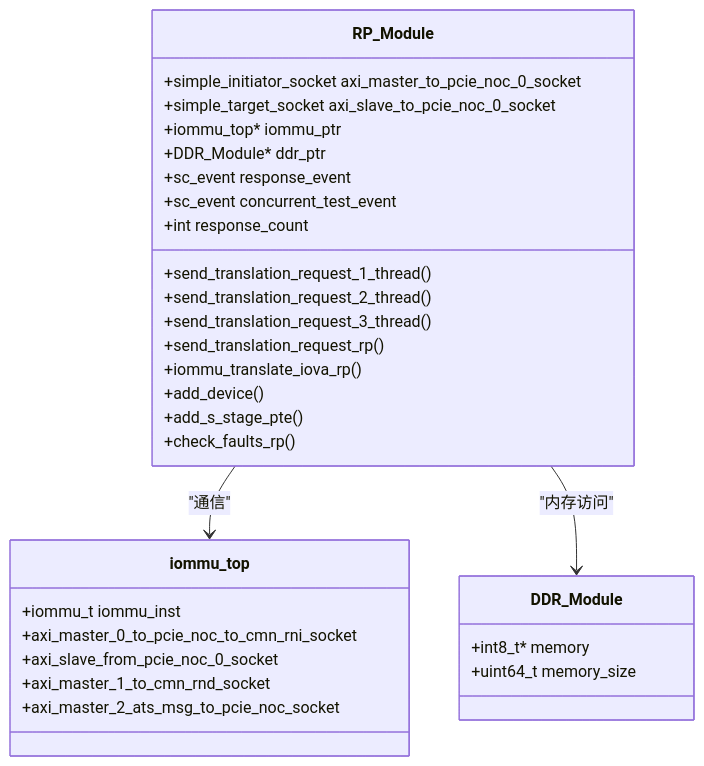
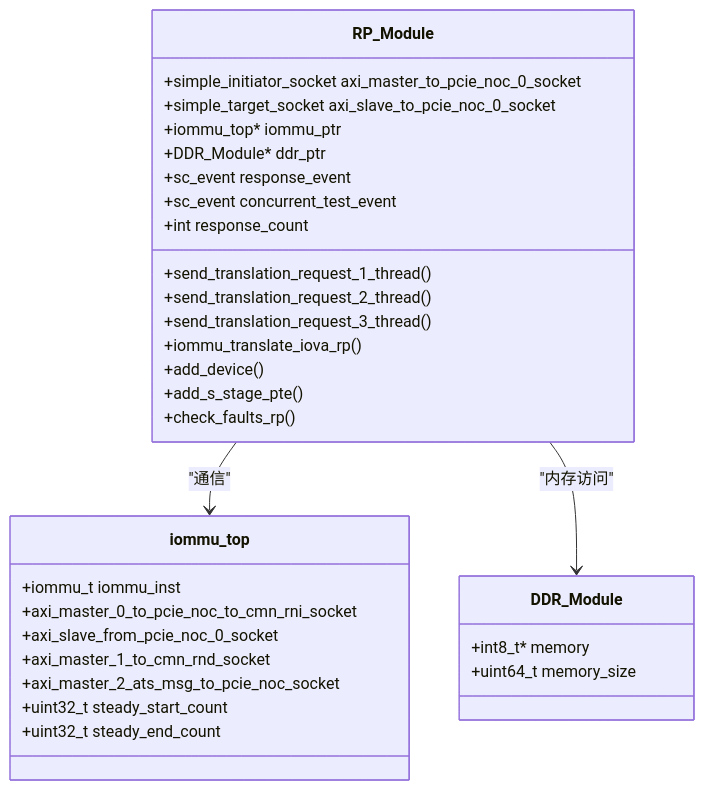
The second of 11 diagrams in .qoder/repowiki/zh/content/测试框架/Root Port测试模块.md (jiangjiang1122/iommu_model_20260401_v1), drawn with Mermaid before and after one commit. The commit also changed other lines of this file and 6 other files, not shown here.

````diff
--- a/.qoder/repowiki/zh/content/测试框架/Root Port测试模块.md
+++ b/.qoder/repowiki/zh/content/测试框架/Root Port测试模块.md
@@ -91,33 +104,34 @@
 ```mermaid
 classDiagram
 class RP_Module {
 +simple_initiator_socket axi_master_to_pcie_noc_0_socket
 +simple_target_socket axi_slave_to_pcie_noc_0_socket
 +iommu_top* iommu_ptr
 +DDR_Module* ddr_ptr
 +sc_event response_event
 +sc_event concurrent_test_event
 +int response_count
 +send_translation_request_1_thread()
 +send_translation_request_2_thread()
 +send_translation_request_3_thread()
-+send_translation_request_rp()
 +iommu_translate_iova_rp()
 +add_device()
 +add_s_stage_pte()
 +check_faults_rp()
 }
 class iommu_top {
 +iommu_t iommu_inst
 +axi_master_0_to_pcie_noc_to_cmn_rni_socket
 +axi_slave_from_pcie_noc_0_socket
 +axi_master_1_to_cmn_rnd_socket
 +axi_master_2_ats_msg_to_pcie_noc_socket
++uint32_t steady_start_count
++uint32_t steady_end_count
 }
 class DDR_Module {
 +int8_t* memory
 +uint64_t memory_size
 }
 RP_Module --> iommu_top : "通信"
 RP_Module --> DDR_Module : "内存访问"
 ```
````
